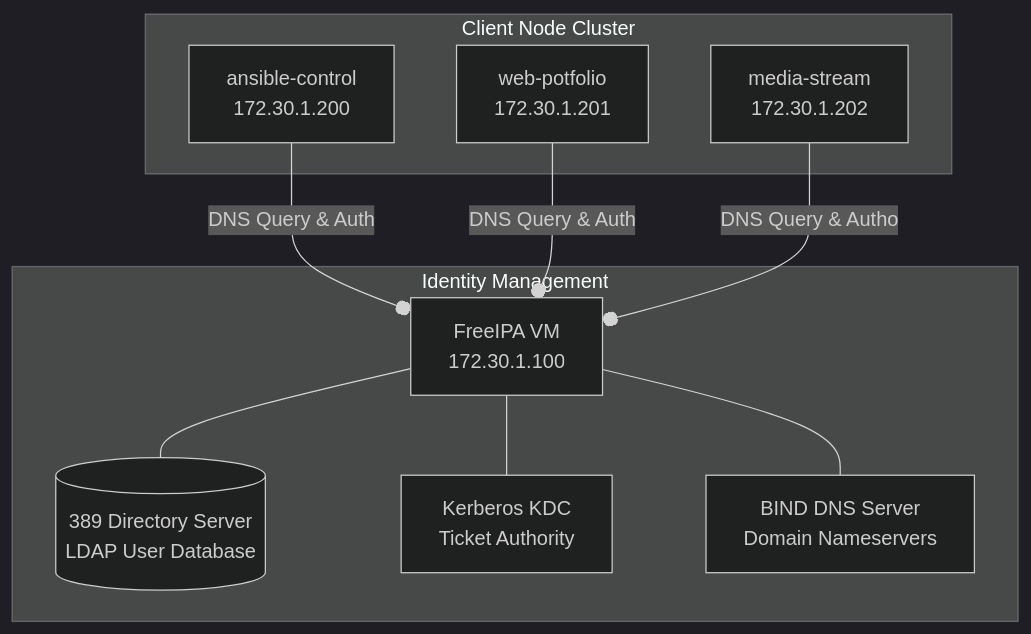
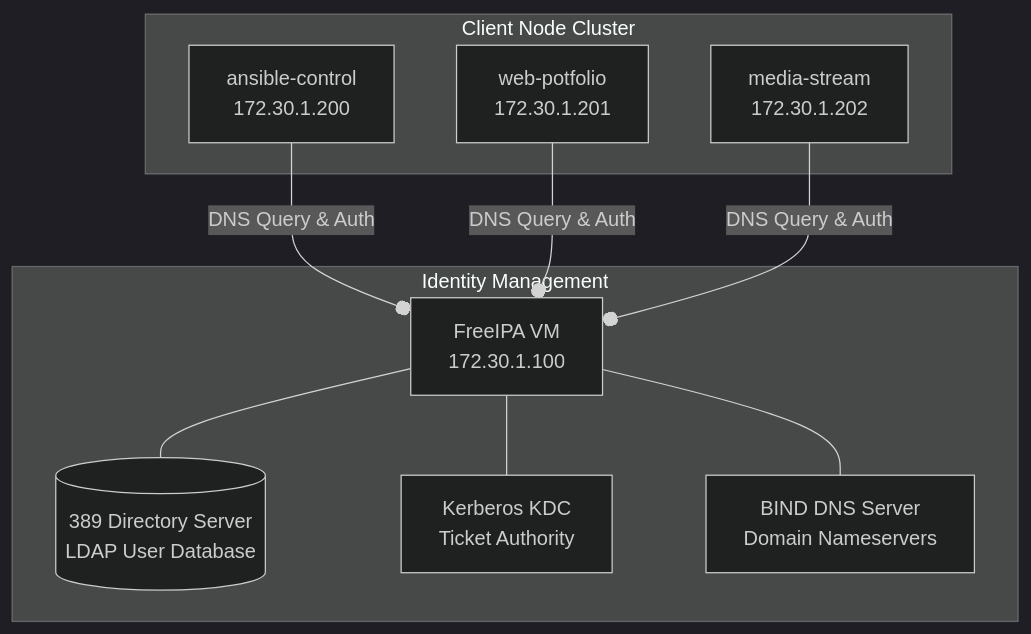
The diagram in docs/06_centralized_identity_management.md (Isshi0417/homelab-server), drawn with Mermaid (dark theme) before and after one commit.

Commit message:
Fix typo within mermaid graph

````diff
--- a/docs/06_centralized_identity_management.md
+++ b/docs/06_centralized_identity_management.md
@@ -13,24 +13,24 @@
 ```mermaid
 graph TD
     subgraph ClientNodes ["Client Node Cluster"]
         Control[ansible-control<br>172.30.1.200]
         Web[web-potfolio<br>172.30.1.201]
         Media[media-stream<br>172.30.1.202]
     end
 
     subgraph IdentityServer ["Identity Management"]
         IPA[FreeIPA VM<br>172.30.1.100]
         LDAP[(389 Directory Server<br>LDAP User Database)]
         KDC[Kerberos KDC<br>Ticket Authority]
         DNS[BIND DNS Server<br>Domain Nameservers]
 
         IPA --- LDAP
         IPA --- KDC
         IPA --- DNS
     end
 
     %% Network relationships
     Control -- DNS Query & Auth --o IPA
     Web -- DNS Query & Auth --o IPA
-    Media -- DNS Query & Autho --o IPA
+    Media -- DNS Query & Auth --o IPA
 ```
````
